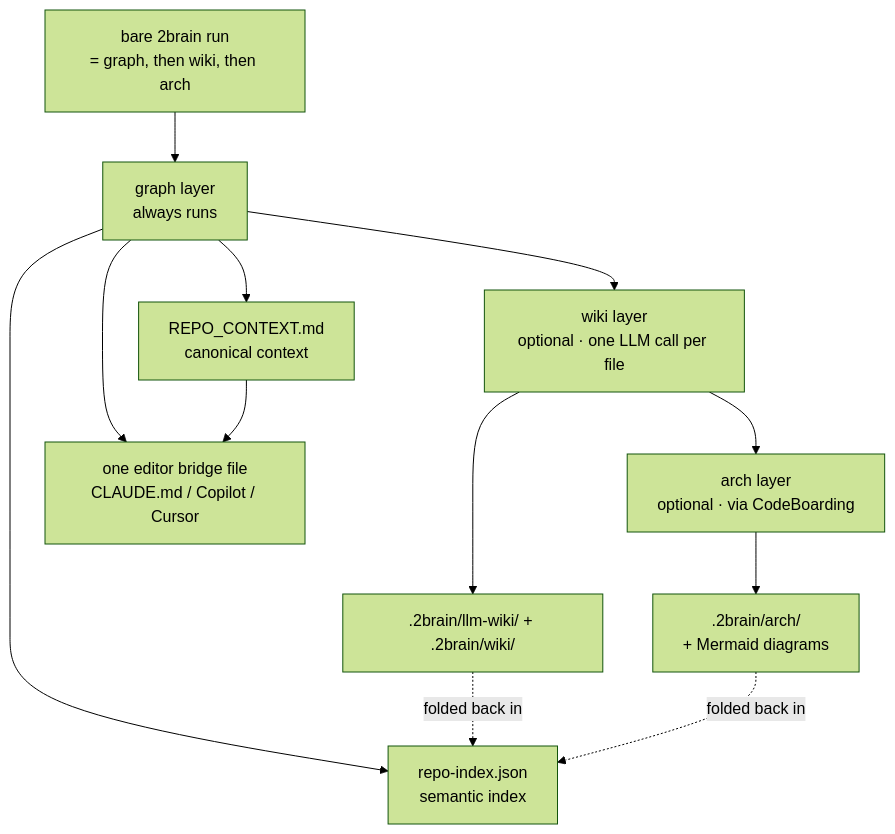
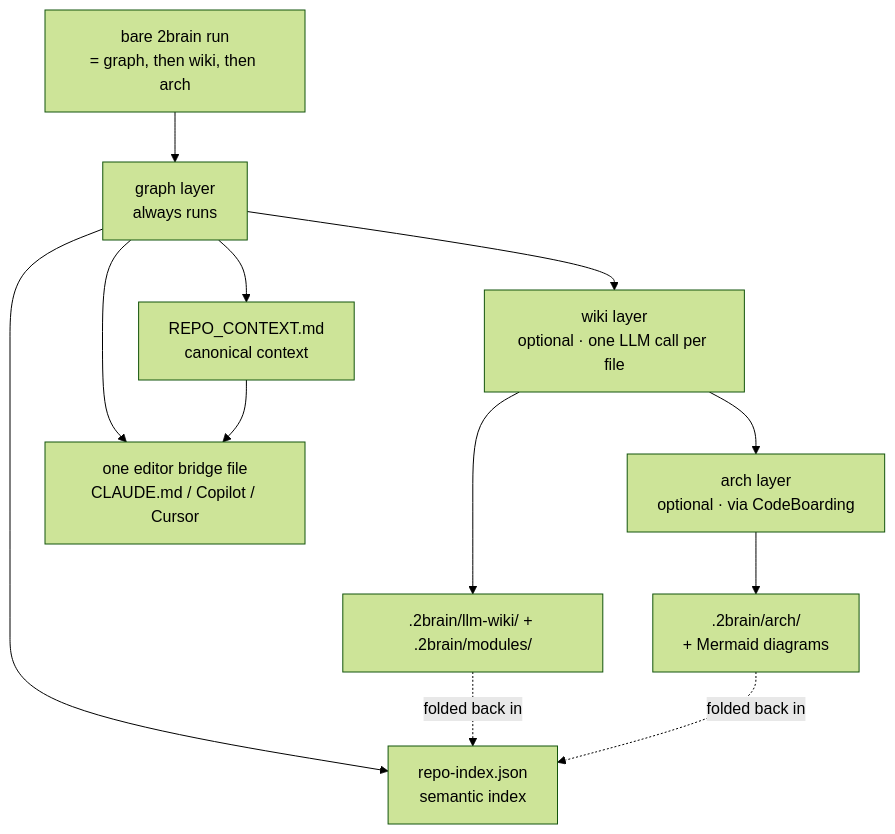
The diagram in docs/2brain.md (Guebbit/knowledge-hub), drawn with Mermaid (forest theme) before and after one commit. The commit also changed other lines of this file and 12 other files, not shown here.

````diff
--- a/docs/2brain.md
+++ b/docs/2brain.md
@@ -102,16 +104,16 @@
 ```mermaid
 flowchart TD
     CMD["bare 2brain run<br/>= graph, then wiki, then arch"] --> G["graph layer<br/>always runs"]
     G --> W["wiki layer<br/>optional · one LLM call per file"]
     W --> A["arch layer<br/>optional · via CodeBoarding"]
 
     G --> IDX["repo-index.json<br/>semantic index"]
     G --> CTX["REPO_CONTEXT.md<br/>canonical context"]
     G --> BR["one editor bridge file<br/>CLAUDE.md / Copilot / Cursor"]
-    W --> WA[".2brain/llm-wiki/ + .2brain/wiki/"]
+    W --> WA[".2brain/llm-wiki/ + .2brain/modules/"]
     A --> AA[".2brain/arch/<br/>+ Mermaid diagrams"]
 
     CTX --> BR
     WA -.->|"folded back in"| IDX
     AA -.->|"folded back in"| IDX
 ```
````
